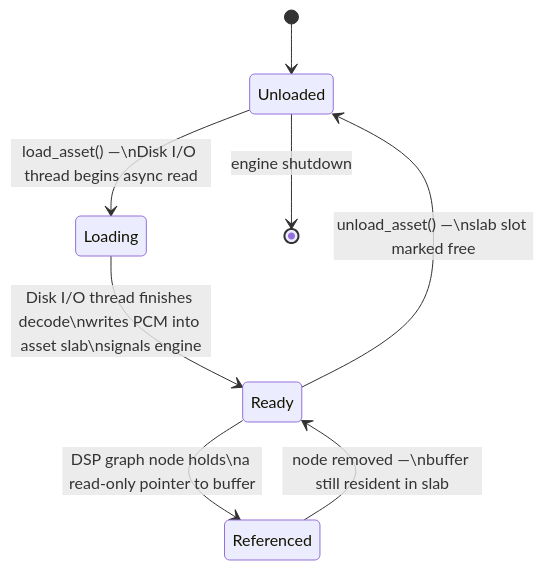
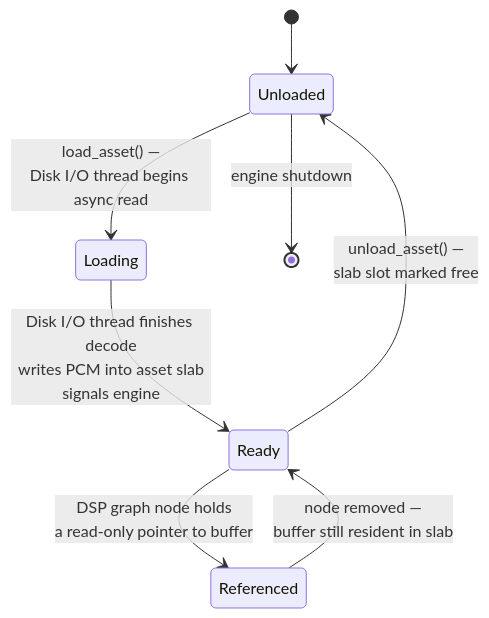
The fourth of 7 diagrams in docs/research.md (ademhoskin/mach), drawn with Mermaid before and after one commit. The commit also changed other lines of this file and 8 other files, not shown here.

````diff
--- a/docs/research.md
+++ b/docs/research.md
@@ -297,10 +297,10 @@
 ```mermaid
 stateDiagram-v2
     [*] --> Unloaded
-    Unloaded --> Loading : load_asset() —\nDisk I/O thread begins async read
-    Loading --> Ready : Disk I/O thread finishes decode\nwrites PCM into asset slab\nsignals engine
-    Ready --> Referenced : DSP graph node holds\na read-only pointer to buffer
-    Referenced --> Ready : node removed —\nbuffer still resident in slab
-    Ready --> Unloaded : unload_asset() —\nslab slot marked free
+    Unloaded --> Loading : load_asset() —<br/>Disk I/O thread begins async read
+    Loading --> Ready : Disk I/O thread finishes decode<br/>writes PCM into asset slab<br/>signals engine
+    Ready --> Referenced : DSP graph node holds<br/>a read-only pointer to buffer
+    Referenced --> Ready : node removed —<br/>buffer still resident in slab
+    Ready --> Unloaded : unload_asset() —<br/>slab slot marked free
     Unloaded --> [*] : engine shutdown
 ```
````
